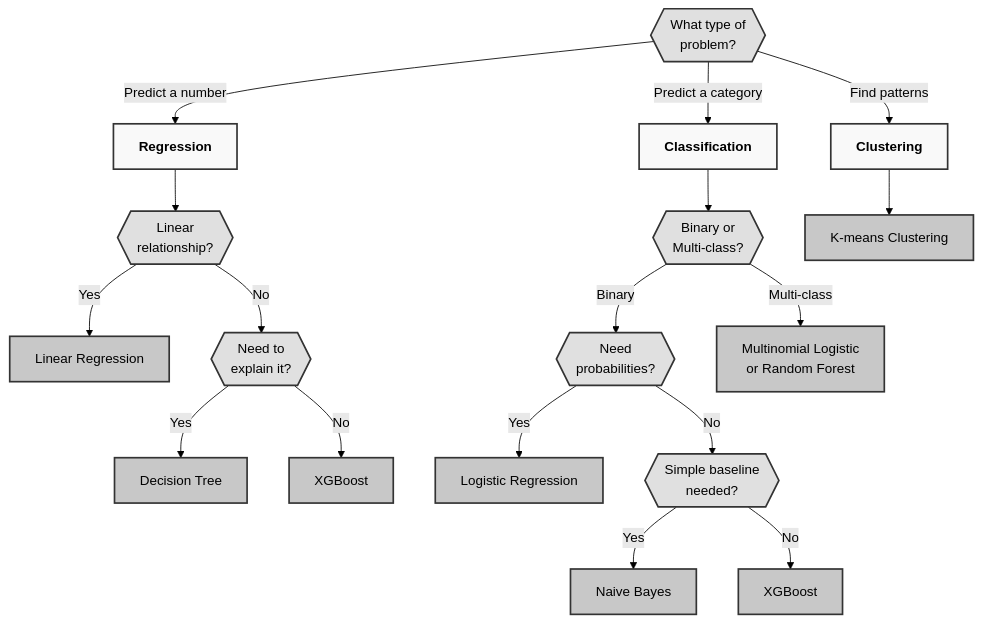
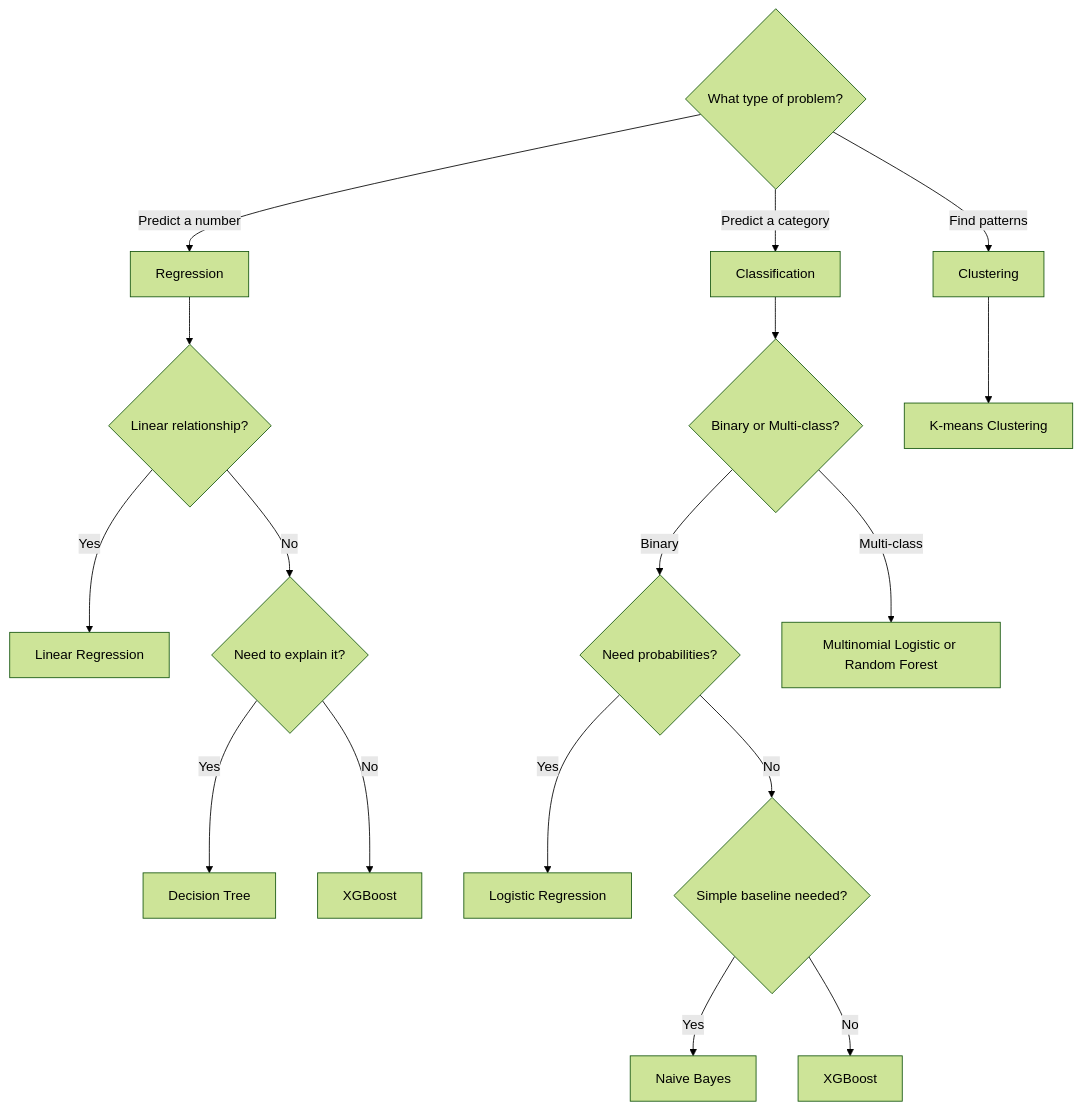
One commit to gamer2810/supreme-adventure changed the second of 2 diagrams in _posts/2026-04-25-from-engineer-to-data-analyst-my-google-advanced-data-analytics-journey.md. Above: the diagram before and after it, drawn with Mermaid (forest theme). The commit also changed other lines of this file, not shown here.

Commit message:
Update decision framework and data analytics diagrams

````diff
--- a/_posts/2026-04-25-from-engineer-to-data-analyst-my-google-advanced-data-analytics-journey.md
+++ b/_posts/2026-04-25-from-engineer-to-data-analyst-my-google-advanced-data-analytics-journey.md
@@ -68,32 +77,25 @@
 ```mermaid
-graph
-    START{{"What type of<br/>problem?"}}
+graph TD
+    START{What type of problem?}
     
-    START -->|Predict a number| REG["<b>Regression</b>"]
-    START -->|Predict a category| CLASS["<b>Classification</b>"]
-    START -->|Find patterns| UNSUP["<b>Clustering</b>"]
+    START -->|Predict a number| REG[Regression]
+    START -->|Predict a category| CLASS[Classification]
+    START -->|Find patterns| UNSUP[Clustering]
     
-    REG --> REGQ{{"Linear<br/>relationship?"}}
-    REGQ -->|Yes| LINR["Linear Regression"]
-    REGQ -->|No| NONLIN{{"Need to<br/>explain it?"}}
-    NONLIN -->|Yes| TREEG["Decision Tree"]
-    NONLIN -->|No| XGBR["XGBoost"]
+    REG --> REGQ{Linear relationship?}
+    REGQ -->|Yes| LINR[Linear Regression]
+    REGQ -->|No| NONLIN{Need to explain it?}
+    NONLIN -->|Yes| TREEG[Decision Tree]
+    NONLIN -->|No| XGBR[XGBoost]
     
-    CLASS --> CLASSQ{{"Binary or<br/>Multi-class?"}}
-    CLASSQ -->|Binary| BIN{{"Need<br/>probabilities?"}}
-    CLASSQ -->|Multi-class| MULTI["Multinomial Logistic<br/>or Random Forest"]
+    CLASS --> CLASSQ{Binary or Multi-class?}
+    CLASSQ -->|Binary| BIN{Need probabilities?}
+    CLASSQ -->|Multi-class| MULTI[Multinomial Logistic or Random Forest]
     
-    BIN -->|Yes| LOGR["Logistic Regression"]
-    BIN -->|No| BINQ{{"Simple baseline<br/>needed?"}}
-    BINQ -->|Yes| NB["Naive Bayes"]
-    BINQ -->|No| XGBC["XGBoost"]
+    BIN -->|Yes| LOGR[Logistic Regression]
+    BIN -->|No| BINQ{Simple baseline needed?}
+    BINQ -->|Yes| NB[Naive Bayes]
+    BINQ -->|No| XGBC[XGBoost]
     
-    UNSUP --> KMEANS["K-means Clustering"]
-    
-    classDef default fill:#f9f9f9,stroke:#333,stroke-width:2px,color:#000
-    classDef decision fill:#e0e0e0,stroke:#333,stroke-width:2px,color:#000
-    classDef model fill:#c8c8c8,stroke:#333,stroke-width:2px,color:#000
-    
-    class START,REGQ,NONLIN,CLASSQ,BIN,BINQ decision
-    class LINR,TREEG,XGBR,LOGR,NB,XGBC,MULTI,KMEANS model
+    UNSUP --> KMEANS[K-means Clustering]
 ```
````
